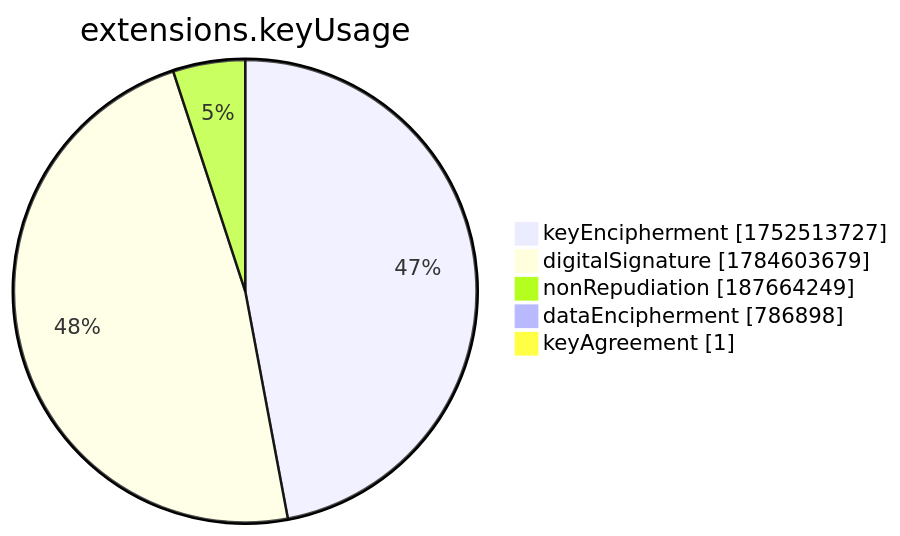
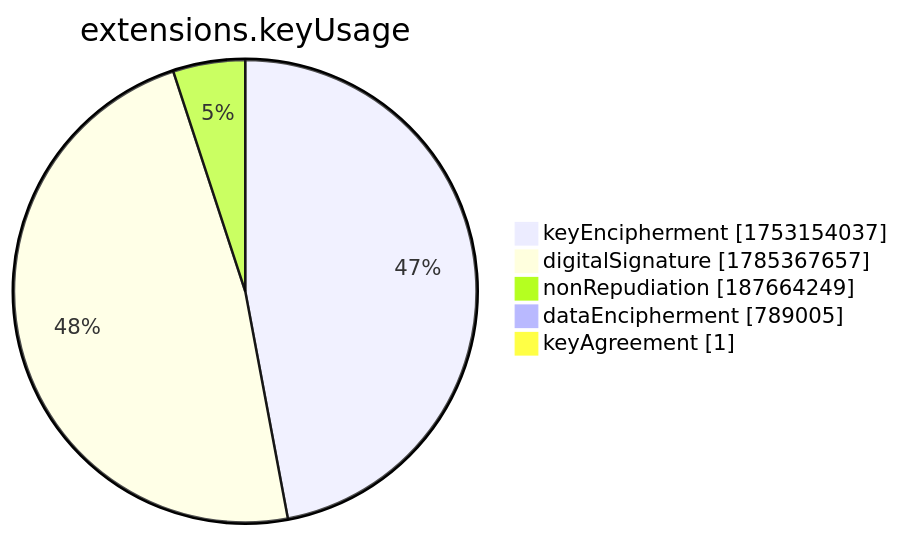
The seventh of 15 diagrams in xenon2022/README.md (christiankrug/ctmonitor_visualization), drawn with Mermaid before and after one commit. The commit also changed other lines of this file, not shown here.

````diff
--- a/xenon2022/README.md
+++ b/xenon2022/README.md
@@ -2859,9 +2859,9 @@
 ```mermaid
 pie showData
 title extensions.keyUsage
-"keyEncipherment" :1752513727
-"digitalSignature" :1784603679
+"keyEncipherment" :1753154037
+"digitalSignature" :1785367657
 "nonRepudiation" :187664249
-"dataEncipherment" :786898
+"dataEncipherment" :789005
 "keyAgreement" :1
 ```
````
